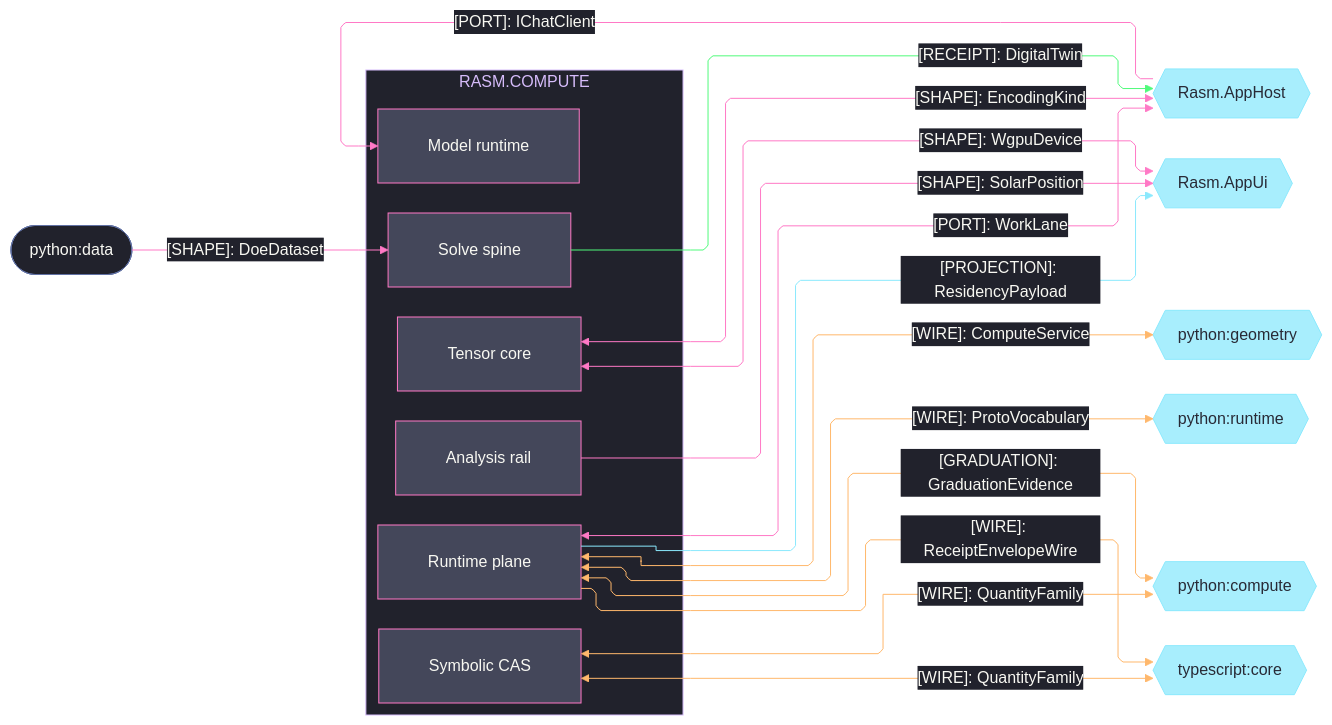
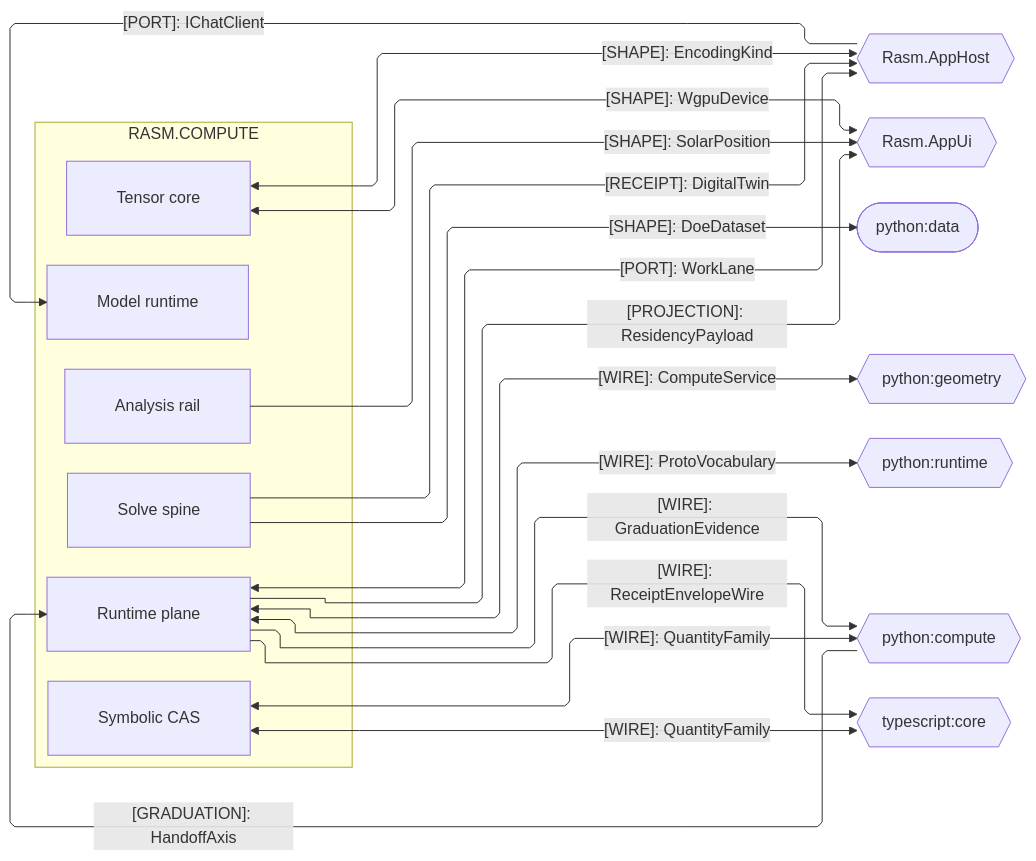
One commit to bsamiee/Rasm changed the third of 4 diagrams in libs/csharp/Rasm.Compute/ARCHITECTURE.md. Above: the diagram before and after it, drawn with Mermaid. The commit also changed other lines of this file and 460 other files, not shown here.

````diff
--- a/libs/csharp/Rasm.Compute/ARCHITECTURE.md
+++ b/libs/csharp/Rasm.Compute/ARCHITECTURE.md
@@ -229,74 +180,42 @@
 ```mermaid
 ---
 config:
-  theme: base
-  look: classic
   layout: elk
   flowchart:
     curve: linear
     padding: 25
-  themeVariables:
-    darkMode: true
-    fontFamily: "SF Mono, Menlo, Cascadia Mono, Segoe UI Mono, Consolas, monospace"
-    useGradient: false
-    dropShadow: "none"
-    background: "#282A36"
-    primaryColor: "#44475A"
-    primaryTextColor: "#F8F8F2"
-    primaryBorderColor: "#BD93F9"
-    lineColor: "#FF79C6"
-    textColor: "#F8F8F2"
-    clusterBkg: "#21222C"
-    clusterBorder: "#D6BCFA"
-    edgeLabelBackground: "#21222C"
-    labelBackgroundColor: "#21222C"
-    titleColor: "#D6BCFA"
-  themeCSS: ".nodeLabel{font-size:13px;font-weight:500}.edgeLabel{font-size:12px;font-weight:500}.cluster-label .nodeLabel{font-size:13.5px;font-weight:700;letter-spacing:.08em}.edge-thickness-normal{stroke-width:2px}.edge-thickness-thick{stroke-width:3px}.edge-pattern-dashed,.edge-pattern-dotted{stroke-width:1.5px;stroke-dasharray:4 6}.node rect,.node circle,.node polygon,.node path,.node .outer-path{stroke-width:1.5px;filter:none!important}.cluster rect{stroke-width:1px!important;stroke-dasharray:5 4!important;filter:none!important}.marker path{transform:scale(.8);transform-origin:5px 5px}.marker circle{transform:scale(.48);transform-origin:5px 5px}.edgeLabel rect{transform-box:fill-box;transform-origin:center;transform:scale(1.1,1.2)}"
 ---
 flowchart LR
     accTitle: Compute platform and cross-runtime seams
-    accDescr: Compute sub-domain owners exchanging ports, receipts, projections, wires, and graduation evidence with the AppHost and AppUi platform peers and the Python and TypeScript cross-runtime peers, edge rails colored by kind and nodes classed by seam direction.
+    accDescr: Compute sub-domain owners exchanging ports, receipts, projections, wires, and graduation evidence with the AppHost and AppUi platform peers and the Python and TypeScript cross-runtime peers, one edge per contract family labeled by kind and shared shape.
     subgraph compute[RASM.COMPUTE]
         Model[Model runtime]
         Tensor[Tensor core]
         Solver[Solve spine]
         Analysis[Analysis rail]
         Runtime[Runtime plane]
         Symbolic[Symbolic CAS]
     end
     AppHost{{Rasm.AppHost}}
     AppUi{{Rasm.AppUi}}
     Data([python:data])
     Geometry{{python:geometry}}
     PyRuntime{{python:runtime}}
     Compute{{python:compute}}
     Core{{typescript:core}}
     Runtime e1@<-->|"[PORT]: WorkLane"| AppHost
     AppHost e2@-->|"[PORT]: IChatClient"| Model
     Solver e3@-->|"[RECEIPT]: DigitalTwin"| AppHost
     Tensor e4@<-->|"[SHAPE]: EncodingKind"| AppHost
     Runtime e5@-->|"[PROJECTION]: ResidencyPayload"| AppUi
     Tensor e6@<-->|"[SHAPE]: WgpuDevice"| AppUi
     Analysis e7@-->|"[SHAPE]: SolarPosition"| AppUi
     Runtime e8@<-->|"[WIRE]: ComputeService"| Geometry
     Runtime e9@<-->|"[WIRE]: ProtoVocabulary"| PyRuntime
-    Runtime e10@<-->|"[GRADUATION]: GraduationEvidence"| Compute
+    Compute e10@-->|"[GRADUATION]: HandoffAxis"| Runtime
+    Runtime e11@-->|"[WIRE]: GraduationEvidence"| Compute
     Symbolic e12@<-->|"[WIRE]: QuantityFamily"| Compute
-    Data e13@-->|"[SHAPE]: DoeDataset"| Solver
+    Solver e13@-->|"[SHAPE]: DoeDataset"| Data
     Runtime e14@-->|"[WIRE]: ReceiptEnvelopeWire"| Core
     Symbolic e15@<-->|"[WIRE]: QuantityFamily"| Core
-    classDef primary fill:#44475A,stroke:#FF79C6,color:#F8F8F2
-    classDef external fill:#8BE9FDBF,stroke:#8BE9FD,color:#282A36
-    classDef annotation fill:#21222C,stroke:#6272A4,color:#F8F8F2
-    classDef edgeData stroke:#FFB86C,color:#F8F8F2
-    classDef edgeSuccess stroke:#50FA7B,color:#F8F8F2
-    classDef edgeExternal stroke:#8BE9FD,color:#F8F8F2
-    classDef edgeControl stroke:#FF79C6,color:#F8F8F2
-    class Runtime,Analysis,Symbolic,Model,Tensor,Solver primary
-    class AppHost,AppUi,Geometry,PyRuntime,Compute,Core external
-    class Data annotation
-    class e8,e9,e10,e12,e14,e15 edgeData
-    class e3 edgeSuccess
-    class e5 edgeExternal
-    class e1,e2,e4,e6,e7,e13 edgeControl
 ```
````
